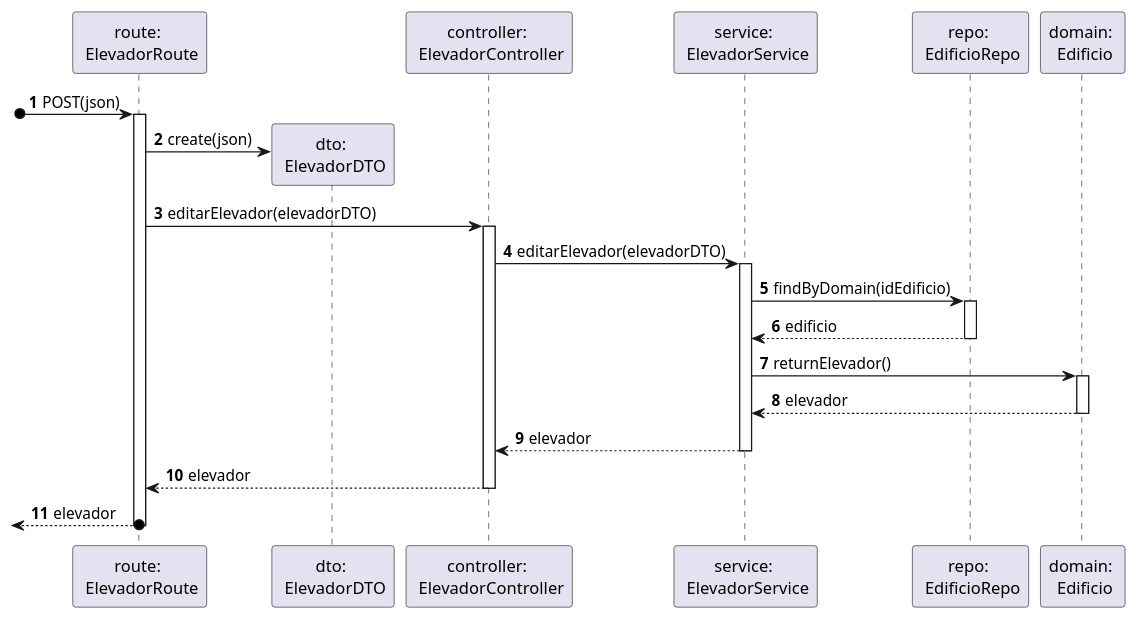
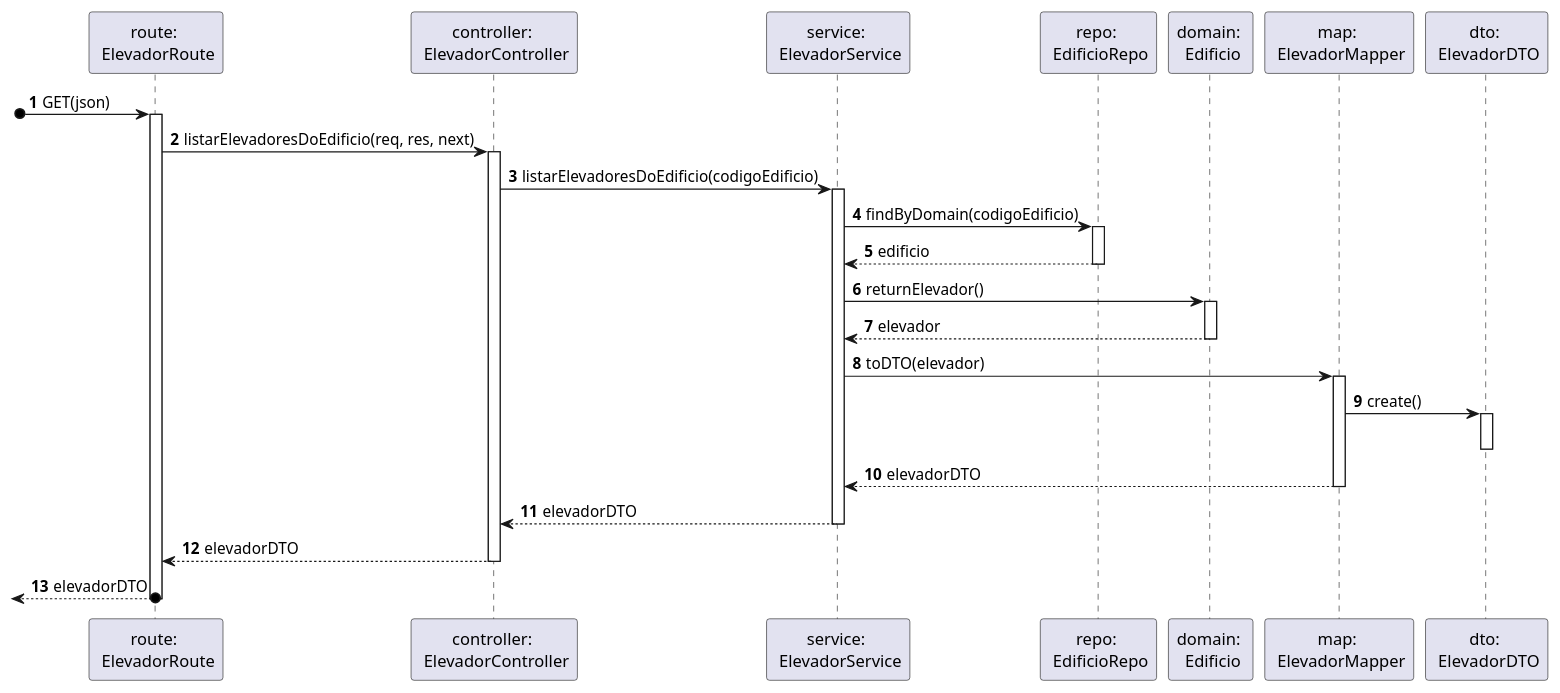
The diagram in docs/Sprint_A/US_290/N3/N3_VP.puml (SEM5PI2324G58/sem5pi_g58_23_24), drawn with PlantUML before and after one commit. The commit also changed 2 other files, not shown here.

Commit message:
[US290][Design] Atualização dos diagramas da VP e correção do .md

```diff
--- a/docs/Sprint_A/US_290/N3/N3_VP.puml
+++ b/docs/Sprint_A/US_290/N3/N3_VP.puml
@@ -1,25 +1,31 @@
 autonumber
 
 participant "route: \n ElevadorRoute" as route
-participant "dto: \n ElevadorDTO" as dto
 participant "controller: \n ElevadorController" as ctrl
 participant "service: \n ElevadorService" as service
 participant "repo: \n EdificioRepo" as edRepo
 participant "domain: \n Edificio" as edificio
+participant "map: \n ElevadorMapper" as mapper
+participant "dto: \n ElevadorDTO" as resDTO
 
-[o-> route: POST(json)
+[o-> route: GET(json)
 activate route
-route -> dto ** : create(json)
-route -> ctrl: editarElevador(elevadorDTO)
+route -> ctrl: listarElevadoresDoEdificio(req, res, next)
 activate ctrl
-ctrl -> service: editarElevador(elevadorDTO) 
+ctrl -> service: listarElevadoresDoEdificio(codigoEdificio) 
 activate service
-service -> edRepo: findByDomain(idEdificio)
+service -> edRepo: findByDomain(codigoEdificio)
 activate edRepo
 return edificio
 service -> edificio: returnElevador()
 activate edificio
 return elevador
-return elevador
-return elevador
-return elevador
+service -> mapper : toDTO(elevador)
+activate mapper
+mapper -> resDTO : create()
+activate resDTO
+deactivate resDTO
+return elevadorDTO
+return elevadorDTO
+return elevadorDTO
+return elevadorDTO
```
